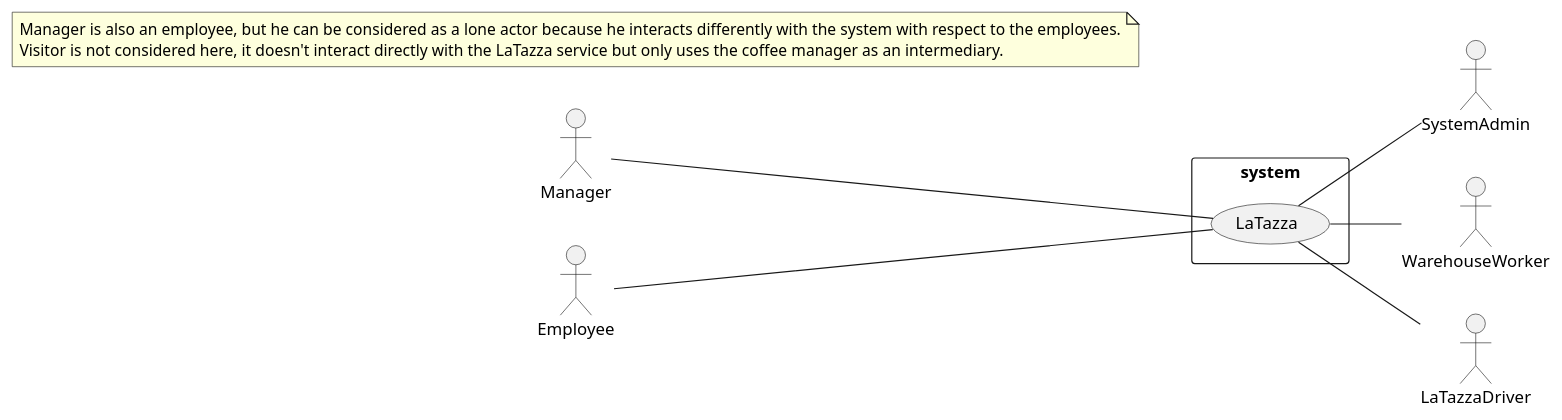
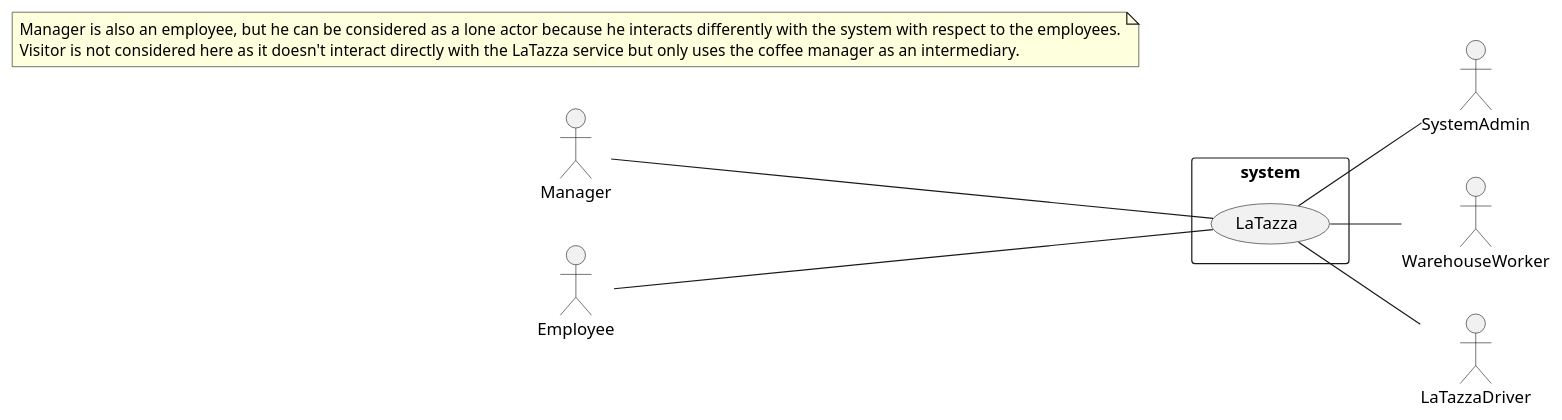
One commit to salvatore-dimartino/LaTazza changed the first of 4 diagrams in templates/RequirementsTemplate.md. Above: the diagram before and after it, drawn with PlantUML. The commit also changed other lines of this file, not shown here.

````diff
--- a/templates/RequirementsTemplate.md
+++ b/templates/RequirementsTemplate.md
@@ -42,29 +42,29 @@
 ```plantuml
 @startuml
 
 left to right direction
 
 skinparam packageStyle rectangle
 
 actor Manager as m
 actor Employee as e
 actor SystemAdmin as sa
 actor WarehouseWorker as ww
 actor LaTazzaDriver as ld
 
 rectangle system {
 
 	(LaTazza) as l
 
 }
 
 l -- ld
 l -- ww
 m -- l
 e -- l
 l -- sa
 
-note "Manager is also an employee, but he can be considered as a lone actor because he interacts differently with the system with respect to the employees.\nVisitor is not considered here, it doesn't interact directly with the LaTazza service but only uses the coffee manager as an intermediary." as n
+note "Manager is also an employee, but he can be considered as a lone actor because he interacts differently with the system with respect to the employees.\nVisitor is not considered here as it doesn't interact directly with the LaTazza service but only uses the coffee manager as an intermediary." as n
 
 @enduml
 ```
````
